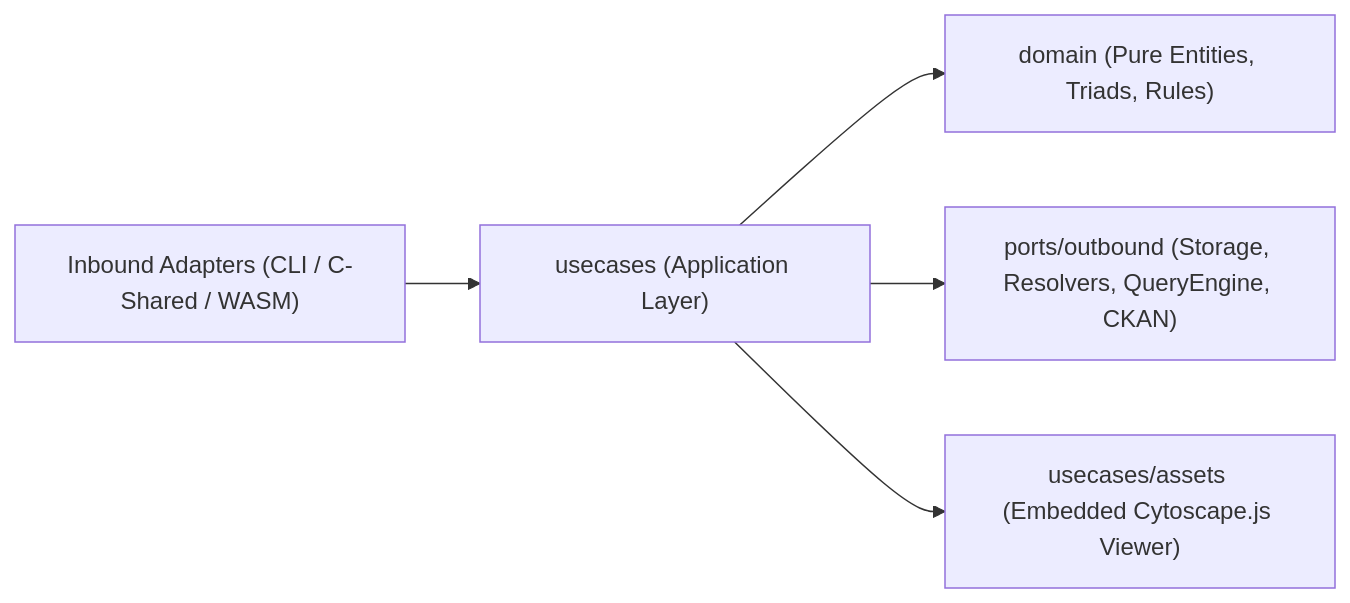
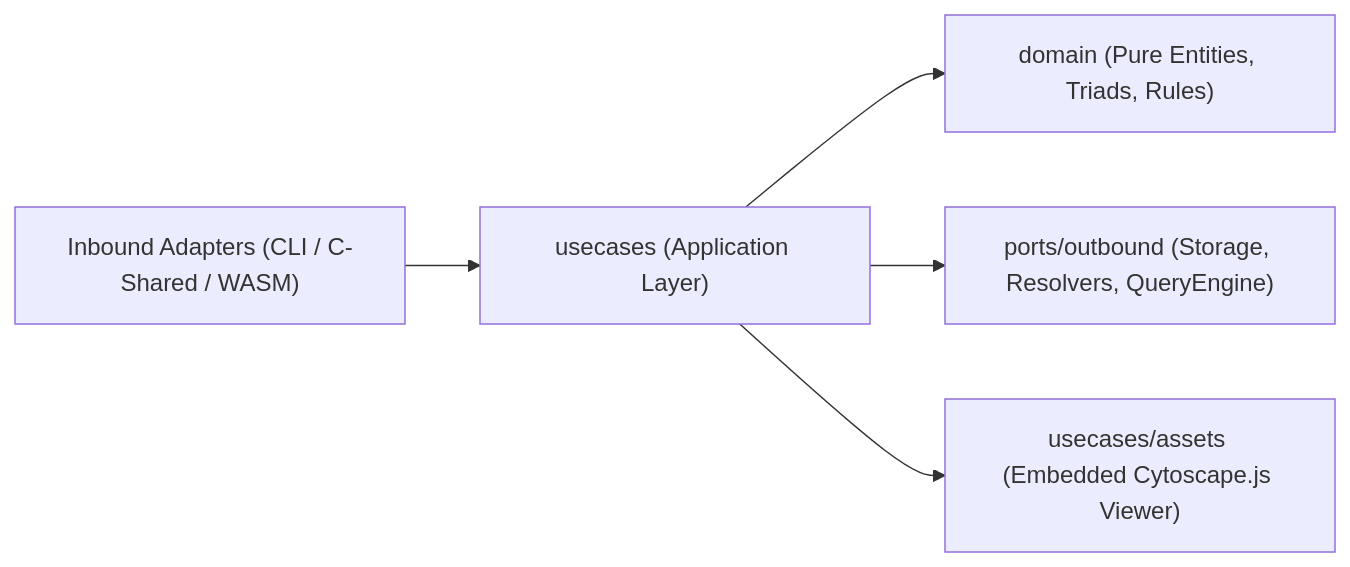
The diagram in src/usecases/README.md (datosbolivia/open-knowledge-format), drawn with Mermaid before and after one commit. The commit also changed other lines of this file and 14 other files, not shown here.

````diff
--- a/src/usecases/README.md
+++ b/src/usecases/README.md
@@ -7,7 +7,7 @@
 ```mermaid
 flowchart LR
   CLI["Inbound Adapters (CLI / C-Shared / WASM)"] --> UC["usecases (Application Layer)"]
   UC --> DOM["domain (Pure Entities, Triads, Rules)"]
-  UC --> OUT["ports/outbound (Storage, Resolvers, QueryEngine, CKAN)"]
+  UC --> OUT["ports/outbound (Storage, Resolvers, QueryEngine)"]
   UC --> ASSETS["usecases/assets (Embedded Cytoscape.js Viewer)"]
 ```
````
